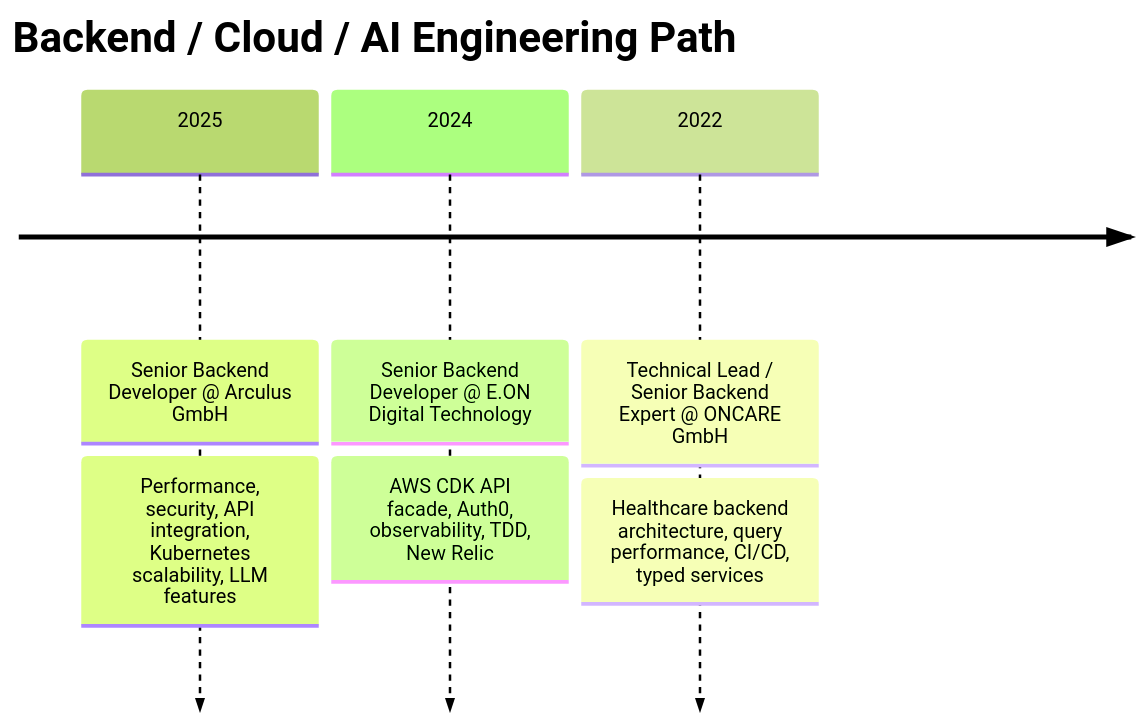
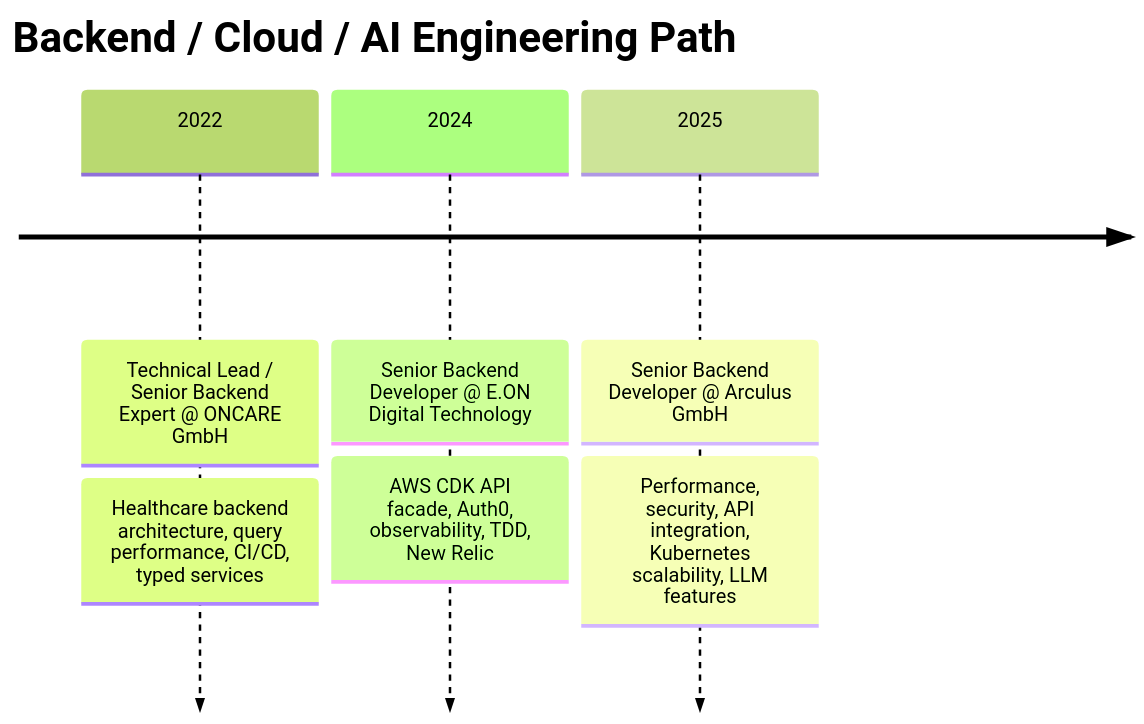
Before and after one commit to meghrazchi/meghrazchi: the second of 2 diagrams in README.md, drawn with Mermaid (forest theme). The commit also changed other lines of this file, not shown here.

````diff
--- a/README.md
+++ b/README.md
@@ -246,10 +199,10 @@
 ```mermaid
 timeline
     title Backend / Cloud / AI Engineering Path
+    2022 : Technical Lead / Senior Backend Expert @ ONCARE GmbH
+         : Healthcare backend architecture, query performance, CI/CD, typed services
+    2024 : Senior Backend Developer @ E.ON Digital Technology
+         : AWS CDK API facade, Auth0, observability, TDD, New Relic
     2025 : Senior Backend Developer @ Arculus GmbH
          : Performance, security, API integration, Kubernetes scalability, LLM features
-    2024 : Senior Backend Developer @ E.ON Digital Technology
-         : AWS CDK API facade, Auth0, observability, TDD, New Relic
-    2022 : Technical Lead / Senior Backend Expert @ ONCARE GmbH
-         : Healthcare backend architecture, query performance, CI/CD, typed services
 ```
````
